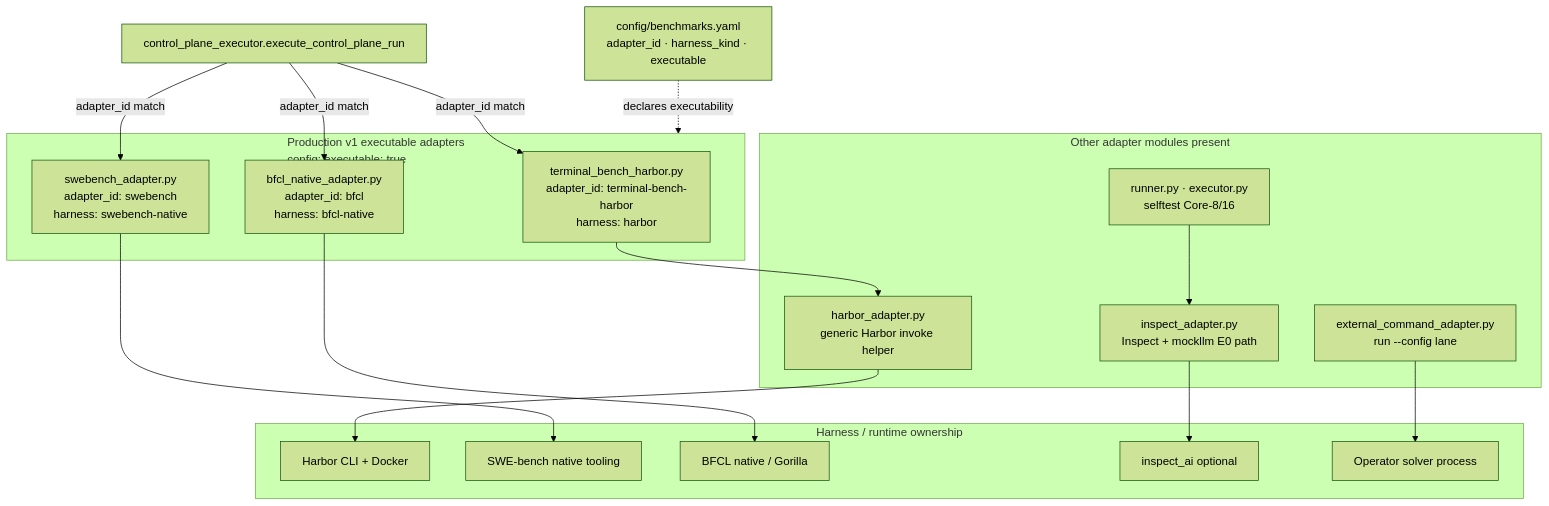
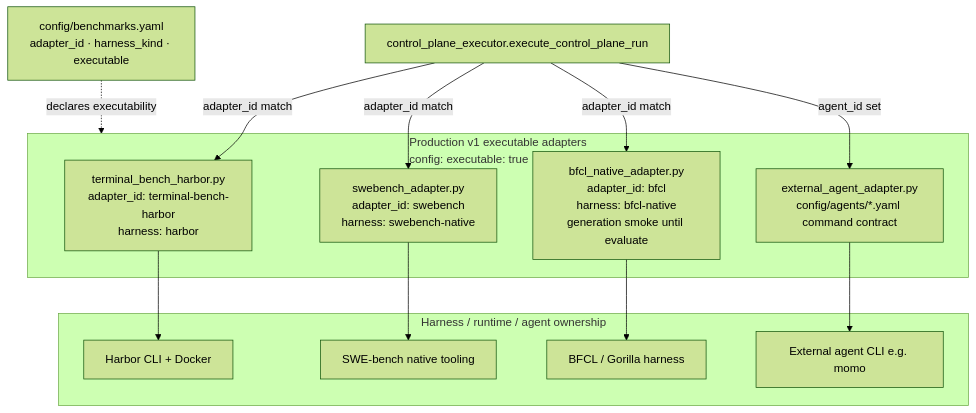
Before and after one commit to Lyther/BenchEval: the diagram in docs/diagrams/adapters-components.md, drawn with Mermaid (forest theme). The commit also changed other lines of this file and 323 other files, not shown here.

````diff
--- a/docs/diagrams/adapters-components.md
+++ b/docs/diagrams/adapters-components.md
@@ -5,37 +5,28 @@
 ```mermaid
 flowchart TB
     CPE["control_plane_executor.execute_control_plane_run"]
 
     subgraph ProdV1["Production v1 executable adapters<br/>config: executable: true"]
         TB["terminal_bench_harbor.py<br/>adapter_id: terminal-bench-harbor<br/>harness: harbor"]
         SWE["swebench_adapter.py<br/>adapter_id: swebench<br/>harness: swebench-native"]
-        BFCL["bfcl_native_adapter.py<br/>adapter_id: bfcl<br/>harness: bfcl-native"]
+        BFCL["bfcl_native_adapter.py<br/>adapter_id: bfcl<br/>harness: bfcl-native<br/>generation smoke until evaluate"]
+        Agent["external_agent_adapter.py<br/>config/agents/*.yaml command contract"]
     end
 
-    subgraph Other["Other adapter modules present"]
-        Harbor["harbor_adapter.py<br/>generic Harbor invoke helper"]
-        Inspect["inspect_adapter.py<br/>Inspect + mockllm E0 path"]
-        Ext["external_command_adapter.py<br/>run --config lane"]
-        Self["runner.py · executor.py<br/>selftest Core-8/16"]
-    end
-
-    subgraph Outside["Harness / runtime ownership"]
+    subgraph Outside["Harness / runtime / agent ownership"]
         HCLI["Harbor CLI + Docker"]
         SN["SWE-bench native tooling"]
-        BN["BFCL native / Gorilla"]
-        IA["inspect_ai optional"]
-        Op["Operator solver process"]
+        BN["BFCL / Gorilla harness"]
+        ExtAgent["External agent CLI e.g. momo"]
     end
 
     CPE -->|adapter_id match| TB & SWE & BFCL
-    TB --> Harbor
-    Harbor --> HCLI
+    CPE -->|agent_id set| Agent
+    TB --> HCLI
     SWE --> SN
     BFCL --> BN
-    Self --> Inspect
-    Inspect --> IA
-    Ext --> Op
+    Agent --> ExtAgent
 
     Cat["config/benchmarks.yaml<br/>adapter_id · harness_kind · executable"]
     Cat -.->|declares executability| ProdV1
 ```
````
